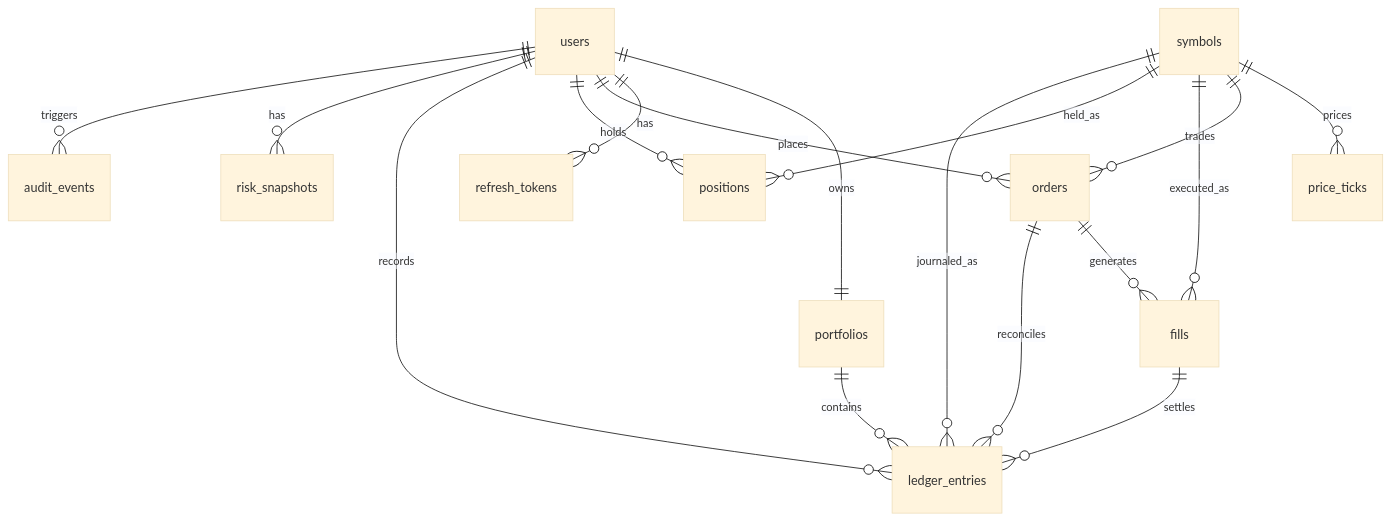
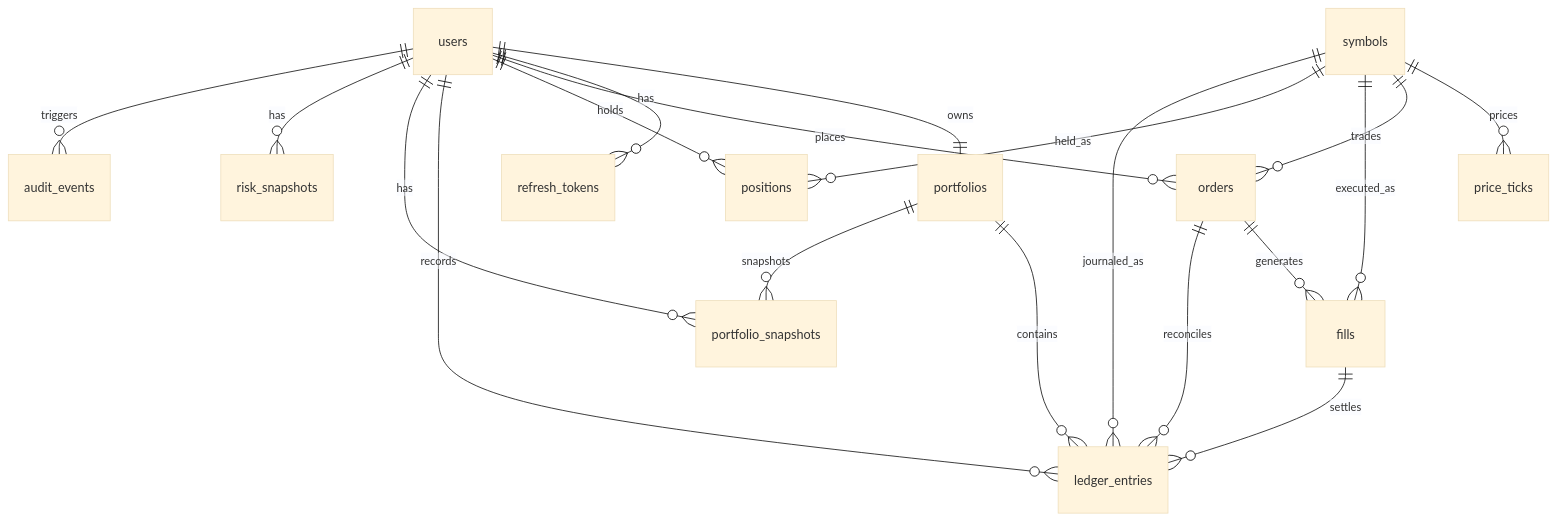
Before and after one commit to rehani1/LedgerStream: the first of 2 diagrams in docs/data-model.md, drawn with Mermaid (base theme). The commit also changed other lines of this file and 22 other files, not shown here.

````diff
--- a/docs/data-model.md
+++ b/docs/data-model.md
@@ -14,19 +14,21 @@
 ```mermaid
 erDiagram
   users ||--|| portfolios : owns
   users ||--o{ refresh_tokens : has
   users ||--o{ orders : places
   users ||--o{ positions : holds
   users ||--o{ ledger_entries : records
+  users ||--o{ portfolio_snapshots : has
   users ||--o{ risk_snapshots : has
   users ||--o{ audit_events : triggers
   symbols ||--o{ price_ticks : prices
   symbols ||--o{ orders : trades
   symbols ||--o{ fills : executed_as
   symbols ||--o{ positions : held_as
   symbols ||--o{ ledger_entries : journaled_as
   orders ||--o{ fills : generates
   orders ||--o{ ledger_entries : reconciles
   fills ||--o{ ledger_entries : settles
   portfolios ||--o{ ledger_entries : contains
+  portfolios ||--o{ portfolio_snapshots : snapshots
 ```
````
